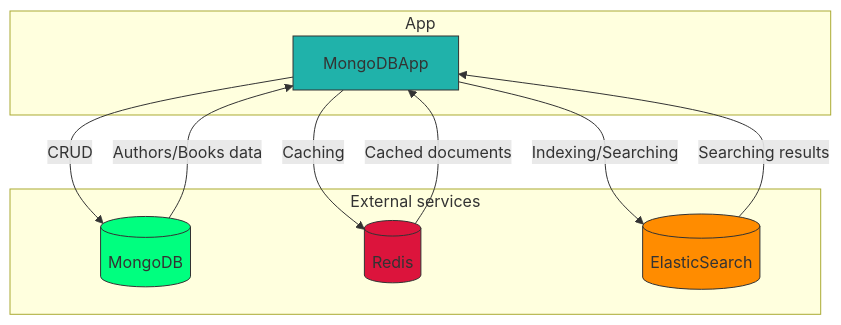
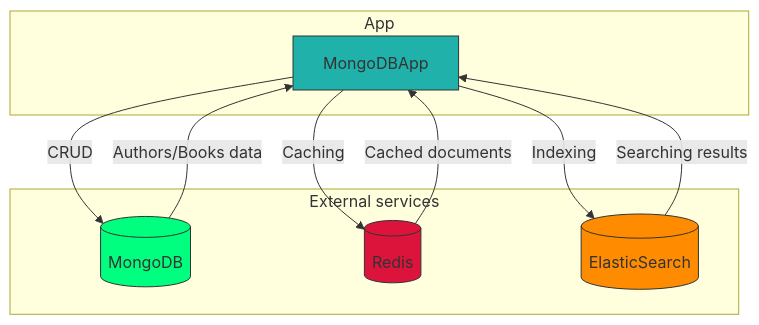
One commit to MaxainNN/synergy_jdbc changed the diagram in README.md. Above: the diagram before and after it, drawn with Mermaid. The commit also changed other lines of this file and 9 other files, not shown here.

Commit message:
Fix elastic indexing issue, add new screens and descriptions

````diff
--- a/README.md
+++ b/README.md
@@ -140,24 +182,24 @@
 ```mermaid
 flowchart TD
     A[MongoDBApp] -->|CRUD| B[(MongoDB)]
     A -->|Caching| C[(Redis)]
-    A -->|Indexing/Searching| D[(ElasticSearch)]
+    A -->|Indexing| D[(ElasticSearch)]
     B -->|Authors/Books data| A
     C -->|Cached documents| A
     D -->|Searching results| A
 
     subgraph "External services"
         B
         C
         D
     end
 
     subgraph "App"
         A
     end
 
     style A fill:LightSeaGreen,stroke:#333
     style B fill:SpringGreen,stroke:#333
     style C fill:Crimson,stroke:#333
     style D fill:#FF8C00,stroke:#333
 ```
````
